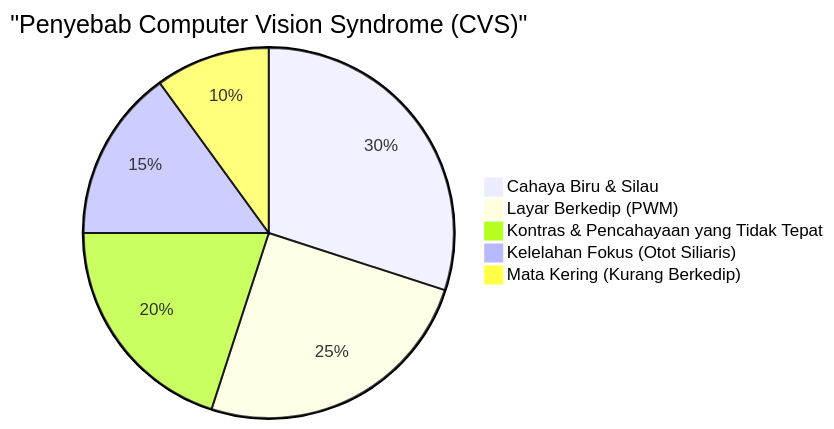
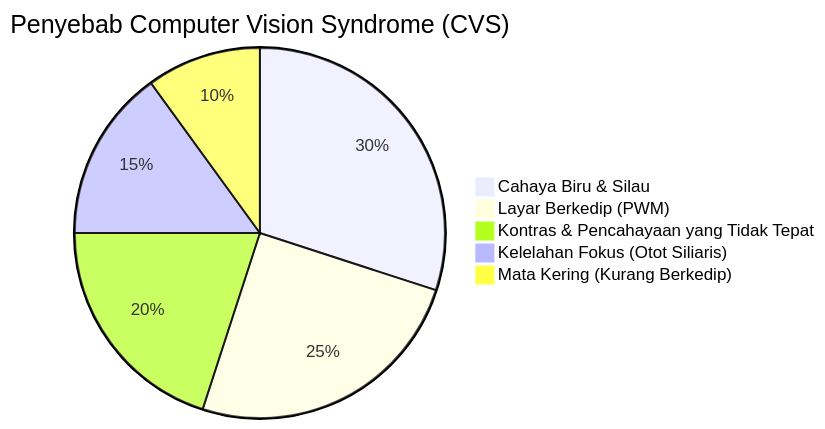
Before and after one commit to kenjinote/blog: the first of 4 diagrams in content/post/eye_strain_relief/index.id.md, drawn with Mermaid. The commit also changed other lines of this file and 703 other files, not shown here.

Commit message:
Fix: Remove quotes from Mermaid link texts and timeline definitions to support Mermaid 11.4.1

````diff
--- a/content/post/eye_strain_relief/index.id.md
+++ b/content/post/eye_strain_relief/index.id.md
@@ -24,8 +24,8 @@
 ```mermaid
-pie title "Penyebab Computer Vision Syndrome (CVS)"
+pie title Penyebab Computer Vision Syndrome (CVS)
     "Cahaya Biru & Silau" : 30
     "Layar Berkedip (PWM)" : 25
     "Kontras & Pencahayaan yang Tidak Tepat" : 20
     "Kelelahan Fokus (Otot Siliaris)" : 15
     "Mata Kering (Kurang Berkedip)" : 10
 ```
````
